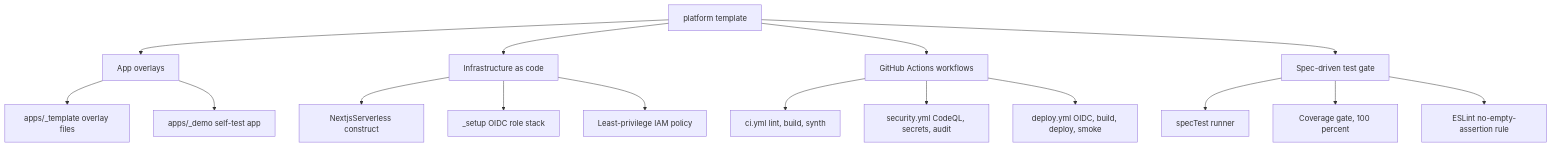
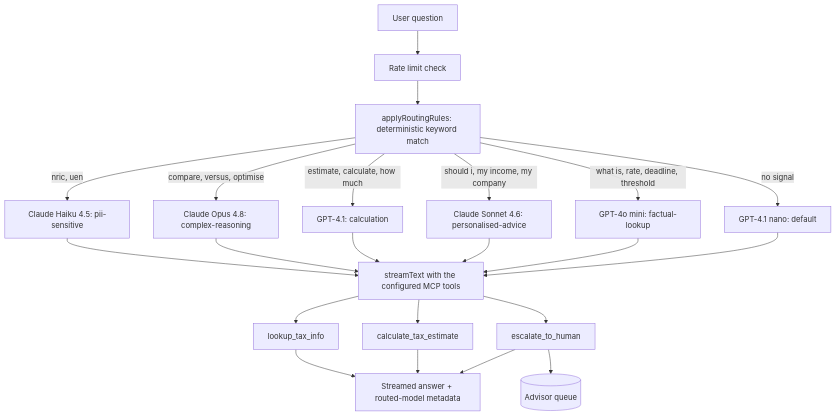
The first of 8 diagrams in README.md (elleskay/ai-tax-assistant-platform), drawn with Mermaid before and after one commit. The commit also changed other lines of this file and 19 other files, not shown here.

````diff
--- a/README.md
+++ b/README.md
@@ -80,24 +89,27 @@
 ```mermaid
 flowchart TD
-  P[platform template]
+  Q[User question] --> RL[Rate limit check]
+  RL --> RULES[applyRoutingRules: deterministic keyword match]
 
-  P --> APPS[App overlays]
-  P --> INFRA[Infrastructure as code]
-  P --> CI[GitHub Actions workflows]
-  P --> SPEC[Spec-driven test gate]
+  RULES -->|nric, uen| HAIKU[Claude Haiku 4.5: pii-sensitive]
+  RULES -->|compare, versus, optimise| OPUS[Claude Opus 4.8: complex-reasoning]
+  RULES -->|estimate, calculate, how much| GPT41[GPT-4.1: calculation]
+  RULES -->|should i, my income, my company| SONNET[Claude Sonnet 4.6: personalised-advice]
+  RULES -->|what is, rate, deadline, threshold| MINI[GPT-4o mini: factual-lookup]
+  RULES -->|no signal| NANO[GPT-4.1 nano: default]
 
-  APPS --> T[apps/_template overlay files]
-  APPS --> D[apps/_demo self-test app]
+  HAIKU --> GEN[streamText with the configured MCP tools]
+  OPUS --> GEN
+  GPT41 --> GEN
+  SONNET --> GEN
+  MINI --> GEN
+  NANO --> GEN
 
-  INFRA --> C[NextjsServerless construct]
-  INFRA --> S[_setup OIDC role stack]
-  INFRA --> IAM[Least-privilege IAM policy]
-
-  CI --> CIW[ci.yml lint, build, synth]
-  CI --> SECW[security.yml CodeQL, secrets, audit]
-  CI --> DEPW[deploy.yml OIDC, build, deploy, smoke]
-
-  SPEC --> RUN[specTest runner]
-  SPEC --> GATE[Coverage gate, 100 percent]
-  SPEC --> RULE[ESLint no-empty-assertion rule]
+  GEN --> T1[lookup_tax_info]
+  GEN --> T2[calculate_tax_estimate]
+  GEN --> T3[escalate_to_human]
+  T1 --> ANS[Streamed answer + routed-model metadata]
+  T2 --> ANS
+  T3 --> QUEUE[(Advisor queue)]
+  T3 --> ANS
 ```
````
